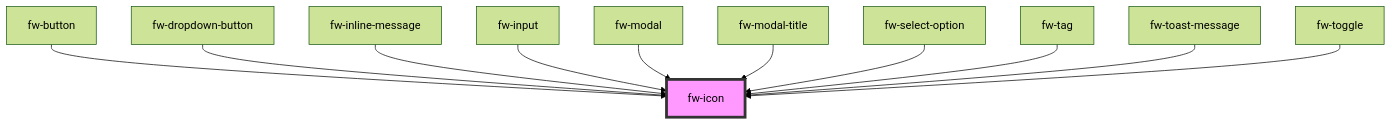
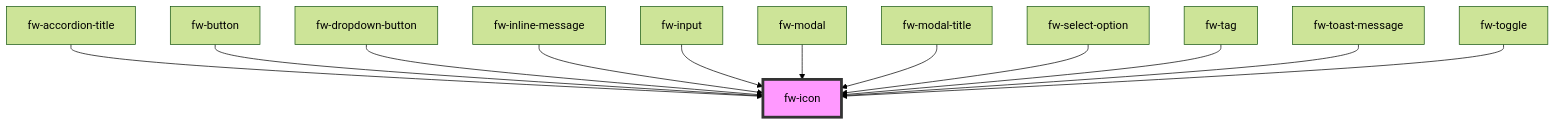
One commit to freshworks/crayons changed the diagram in packages/crayons-core/src/components/icon/readme.md. Above: the diagram before and after it, drawn with Mermaid (forest theme). The commit also changed other lines of this file and 7 other files, not shown here.

````diff
--- a/packages/crayons-core/src/components/icon/readme.md
+++ b/packages/crayons-core/src/components/icon/readme.md
@@ -74,14 +75,15 @@
 ```mermaid
 graph TD;
+  fw-accordion-title --> fw-icon
   fw-button --> fw-icon
   fw-dropdown-button --> fw-icon
   fw-inline-message --> fw-icon
   fw-input --> fw-icon
   fw-modal --> fw-icon
   fw-modal-title --> fw-icon
   fw-select-option --> fw-icon
   fw-tag --> fw-icon
   fw-toast-message --> fw-icon
   fw-toggle --> fw-icon
   style fw-icon fill:#f9f,stroke:#333,stroke-width:4px
 ```
````
